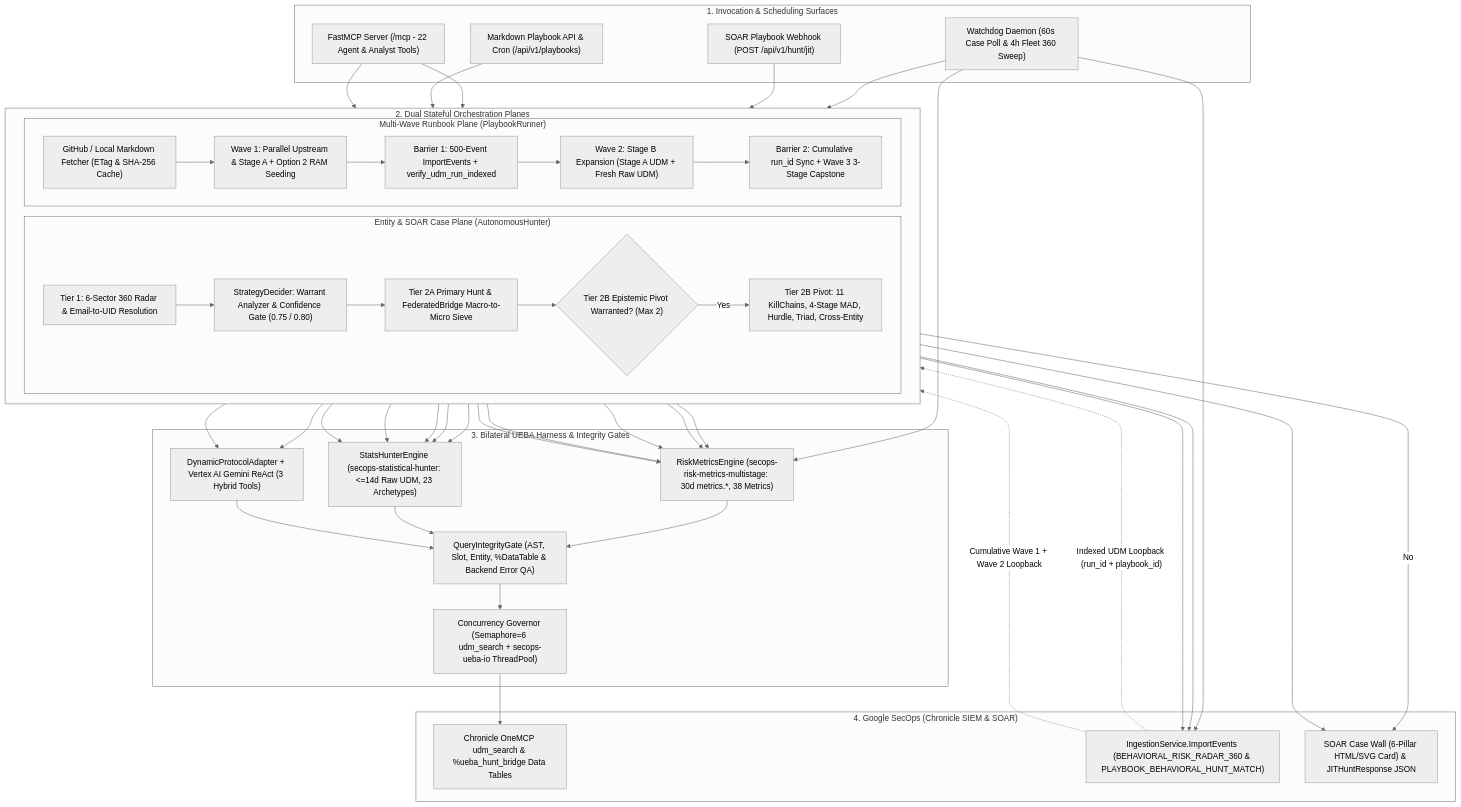
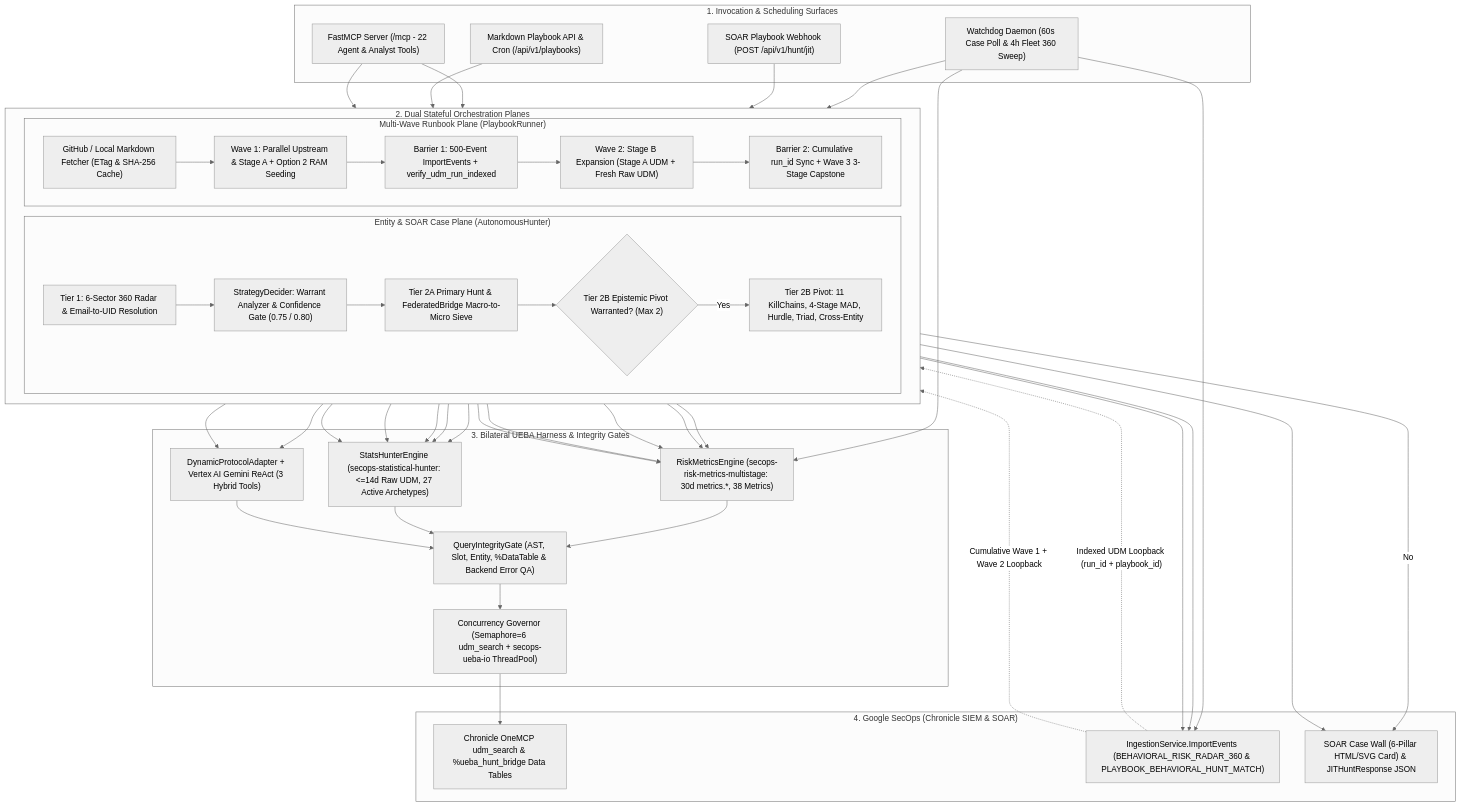
One commit to GooGKush/agentic-ueba changed the first of 2 diagrams in README.md. Above: the diagram before and after it, drawn with Mermaid (neutral theme). The commit also changed other lines of this file and 32 other files, not shown here.

````diff
--- a/README.md
+++ b/README.md
@@ -86,59 +90,59 @@
 ```mermaid
 flowchart TD
     subgraph Surfaces ["1. Invocation & Scheduling Surfaces"]
         S1["Watchdog Daemon (60s Case Poll & 4h Fleet 360 Sweep)"]
         S2["SOAR Playbook Webhook (POST /api/v1/hunt/jit)"]
         S3["Markdown Playbook API & Cron (/api/v1/playbooks)"]
         S4["FastMCP Server (/mcp - 22 Agent & Analyst Tools)"]
     end
 
     subgraph Orchestrators ["2. Dual Stateful Orchestration Planes"]
         direction LR
         subgraph EntityPlane ["Entity & SOAR Case Plane (AutonomousHunter)"]
             E1["Tier 1: 6-Sector 360 Radar & Email-to-UID Resolution"]
             E2["StrategyDecider: Warrant Analyzer & Confidence Gate (0.75 / 0.80)"]
             E3["Tier 2A Primary Hunt & FederatedBridge Macro-to-Micro Sieve"]
             E4{"Tier 2B Epistemic Pivot Warranted? (Max 2)"}
             E5["Tier 2B Pivot: 11 KillChains, 4-Stage MAD, Hurdle, Triad, Cross-Entity"]
             E1 --> E2 --> E3 --> E4
             E4 -- "Yes" --> E5
         end
 
         subgraph PlaybookPlane ["Multi-Wave Runbook Plane (PlaybookRunner)"]
             P1["GitHub / Local Markdown Fetcher (ETag & SHA-256 Cache)"]
             P2["Wave 1: Parallel Upstream & Stage A + Option 2 RAM Seeding"]
             P3["Barrier 1: 500-Event ImportEvents + verify_udm_run_indexed"]
             P4["Wave 2: Stage B Expansion (Stage A UDM + Fresh Raw UDM)"]
             P5["Barrier 2: Cumulative run_id Sync + Wave 3 3-Stage Capstone"]
             P1 --> P2 --> P3 --> P4 --> P5
         end
     end
 
     subgraph Harness ["3. Bilateral UEBA Harness & Integrity Gates"]
         H1["RiskMetricsEngine (secops-risk-metrics-multistage: 30d metrics.*, 38 Metrics)"]
-        H2["StatsHunterEngine (secops-statistical-hunter: <=14d Raw UDM, 23 Archetypes)"]
+        H2["StatsHunterEngine (secops-statistical-hunter: <=14d Raw UDM, 27 Active Archetypes)"]
         H3["DynamicProtocolAdapter + Vertex AI Gemini ReAct (3 Hybrid Tools)"]
         QG["QueryIntegrityGate (AST, Slot, Entity, %DataTable & Backend Error QA)"]
         GOV["Concurrency Governor (Semaphore=6 udm_search + secops-ueba-io ThreadPool)"]
     end
 
     subgraph SecOps ["4. Google SecOps (Chronicle SIEM & SOAR)"]
         SIEM_Q["Chronicle OneMCP udm_search & %ueba_hunt_bridge Data Tables"]
         SIEM_ING["IngestionService.ImportEvents (BEHAVIORAL_RISK_RADAR_360 & PLAYBOOK_BEHAVIORAL_HUNT_MATCH)"]
         SOAR_CW["SOAR Case Wall (6-Pillar HTML/SVG Card) & JITHuntResponse JSON"]
     end
 
     S1 & S2 & S4 --> E1
     S1 --> H1
     S3 & S4 --> P1
 
     E3 & E5 --> H1 & H2 & H3
     E4 -- "No" --> SOAR_CW
     E5 --> SOAR_CW
     P2 & P4 & P5 --> H1 & H2
 
     H1 & H2 & H3 --> QG --> GOV --> SIEM_Q
     S1 & P3 & P5 --> SIEM_ING
     SIEM_ING -. "Indexed UDM Loopback (run_id + playbook_id)" .-> P4
     SIEM_ING -. "Cumulative Wave 1 + Wave 2 Loopback" .-> P5
 ```
````
